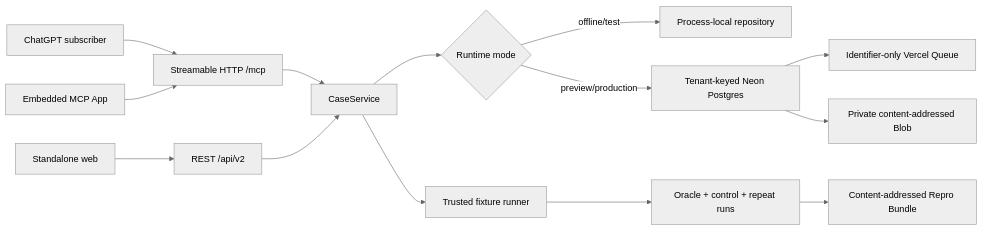
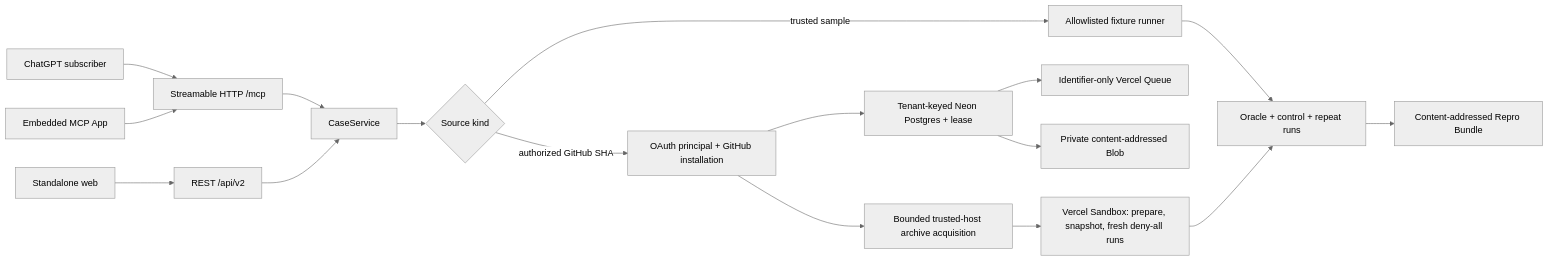
One commit to GhostlyGawd/reproforge changed the diagram in docs/architecture.md. Above: the diagram before and after it, drawn with Mermaid (neutral theme). The commit also changed other lines of this file and 21 other files, not shown here.

````diff
--- a/docs/architecture.md
+++ b/docs/architecture.md
@@ -28,16 +48,19 @@
 ```mermaid
 flowchart LR
     CG["ChatGPT subscriber"] --> MCP["Streamable HTTP /mcp"]
     UI["Embedded MCP App"] --> MCP
     WEB["Standalone web"] --> REST["REST /api/v2"]
     MCP --> CS["CaseService"]
     REST --> CS
-    CS --> MODE{"Runtime mode"}
-    MODE -->|"offline/test"| MEM["Process-local repository"]
-    MODE -->|"preview/production"| PG["Tenant-keyed Neon Postgres"]
+    CS --> SOURCE{"Source kind"}
+    SOURCE -->|"trusted sample"| FIXTURE["Allowlisted fixture runner"]
+    SOURCE -->|"authorized GitHub SHA"| AUTH["OAuth principal + GitHub installation"]
+    AUTH --> PG["Tenant-keyed Neon Postgres + lease"]
     PG --> QUEUE["Identifier-only Vercel Queue"]
     PG --> BLOB["Private content-addressed Blob"]
-    CS --> RUN["Trusted fixture runner"]
-    RUN --> VERIFY["Oracle + control + repeat runs"]
+    AUTH --> ARCHIVE["Bounded trusted-host archive acquisition"]
+    ARCHIVE --> SBX["Vercel Sandbox: prepare, snapshot, fresh deny-all runs"]
+    FIXTURE --> VERIFY["Oracle + control + repeat runs"]
+    SBX --> VERIFY
     VERIFY --> BUNDLE["Content-addressed Repro Bundle"]
 ```
````
